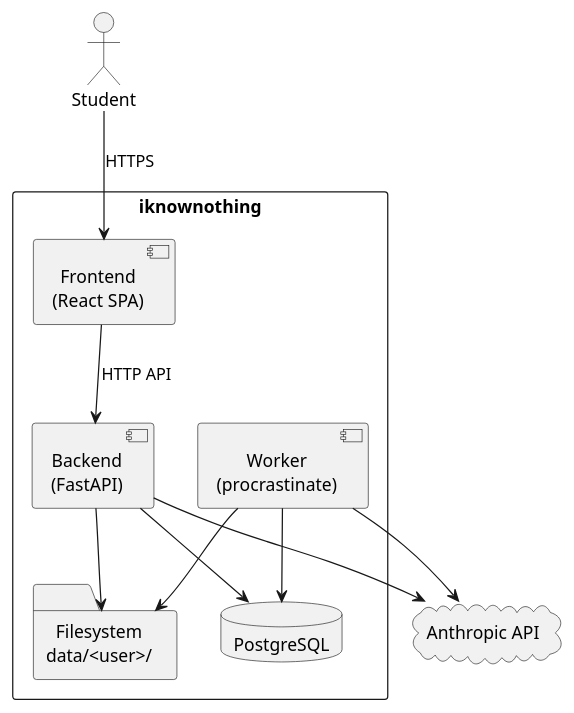
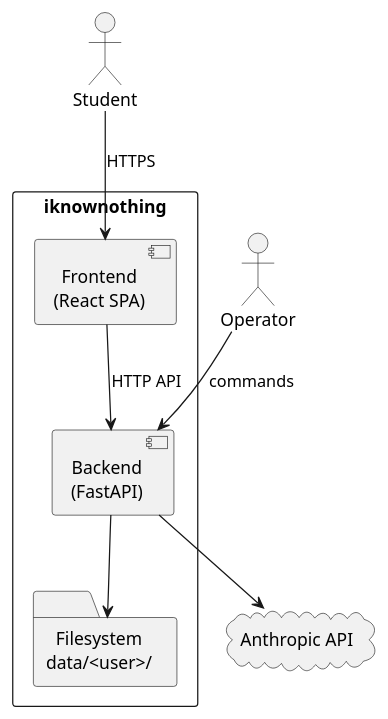
The diagram in docs/arc42/diagrams/building-blocks-level1.puml (leon-hrk/iknownothing), drawn with PlantUML before and after one commit. The commit also changed 42 other files, not shown here.

```diff
--- a/docs/arc42/diagrams/building-blocks-level1.puml
+++ b/docs/arc42/diagrams/building-blocks-level1.puml
@@ -1,24 +1,20 @@
 @startuml
 skinparam shadowing false
 skinparam defaultTextAlignment center
 
 actor "Student" as student
+actor "Operator" as operator
 cloud "Anthropic API" as ai
 
 rectangle "**iknownothing**" {
   component "Frontend\n(React SPA)" as frontend
   component "Backend\n(FastAPI)" as backend
-  component "Worker\n(procrastinate)" as worker
-  database "PostgreSQL" as db
   folder "Filesystem\ndata/<user>/" as fs
 }
 
 student --> frontend : HTTPS
+operator --> backend : commands
 frontend --> backend : HTTP API
-backend --> db
 backend --> fs
 backend --> ai
-worker --> db
-worker --> fs
-worker --> ai
 @enduml
```
